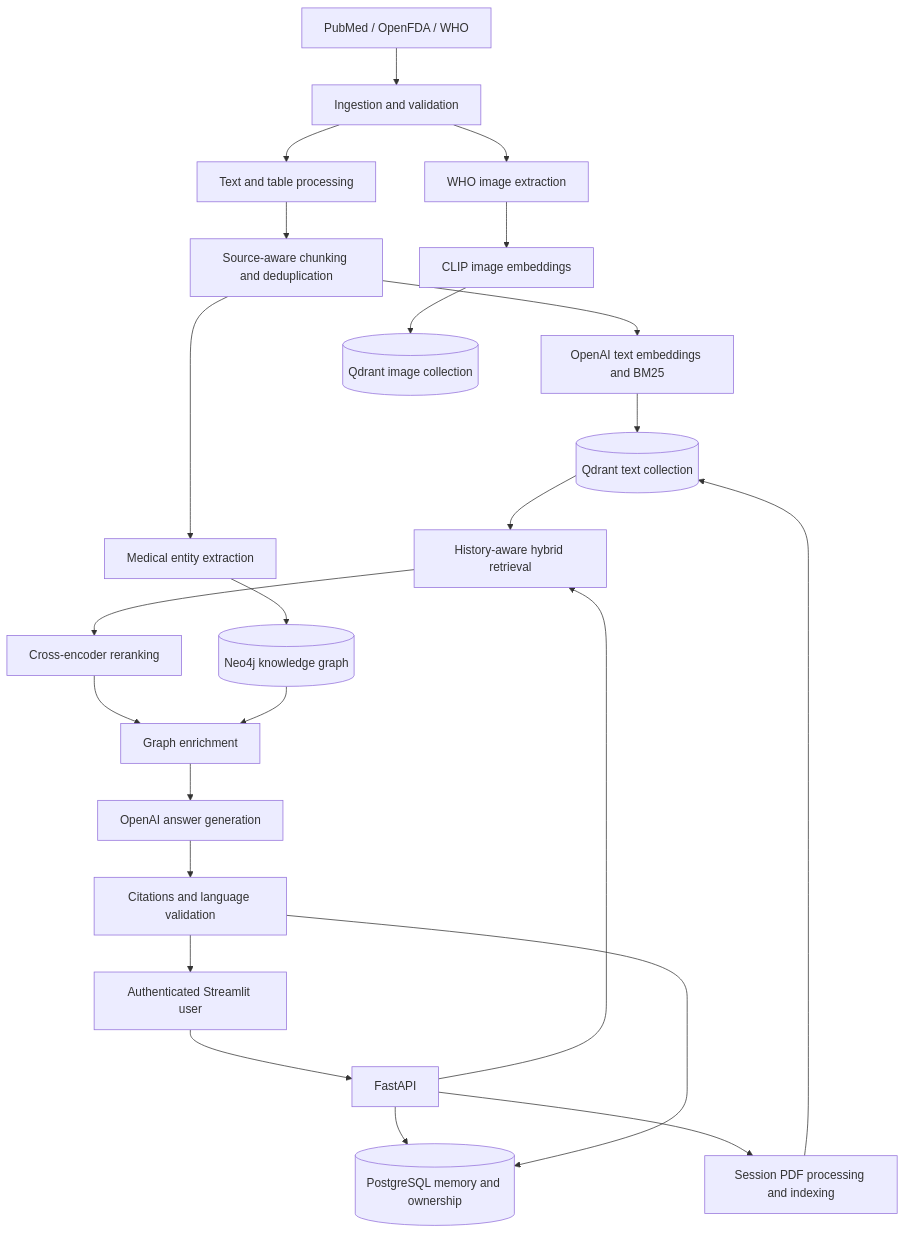
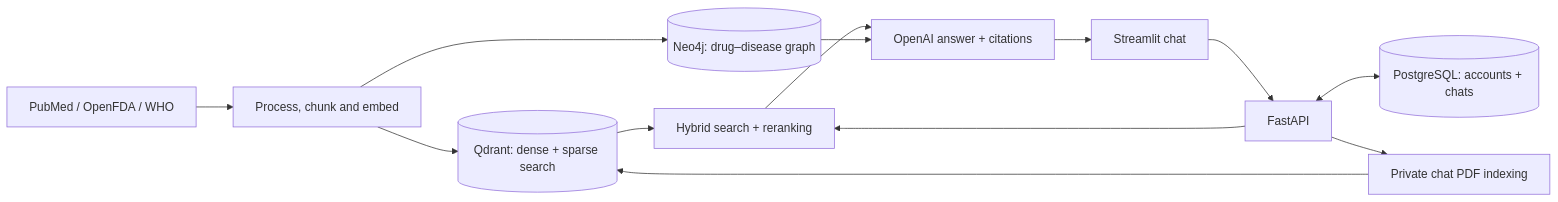
Before and after one commit to moizishere-droid/medrag: the diagram in README.md, drawn with Mermaid. The commit also changed other lines of this file and 16 other files, not shown here.

````diff
--- a/README.md
+++ b/README.md
@@ -51,26 +26,15 @@
 ```mermaid
-flowchart TD
-    A[PubMed / OpenFDA / WHO] --> B[Ingestion and validation]
-    B --> C[Text and table processing]
-    C --> D[Source-aware chunking and deduplication]
-    D --> E[OpenAI text embeddings and BM25]
-    E --> F[(Qdrant text collection)]
-    B --> G[WHO image extraction]
-    G --> H[CLIP image embeddings]
-    H --> I[(Qdrant image collection)]
-    D --> J[Medical entity extraction]
-    J --> K[(Neo4j knowledge graph)]
-    U[Authenticated Streamlit user] --> API[FastAPI]
-    API --> M[(PostgreSQL memory and ownership)]
-    API --> R[History-aware hybrid retrieval]
-    F --> R
-    R --> X[Cross-encoder reranking]
-    X --> N[Graph enrichment]
-    K --> N
-    N --> L[OpenAI answer generation]
-    L --> O[Citations and language validation]
-    O --> M
-    O --> U
-    API --> P[Session PDF processing and indexing]
-    P --> F
+flowchart LR
+    Sources[PubMed / OpenFDA / WHO] --> Prep[Process, chunk and embed]
+    Prep --> Q[(Qdrant: dense + sparse search)]
+    Prep --> G[(Neo4j: drug–disease graph)]
+    User[Streamlit chat] --> API[FastAPI]
+    API --> Search[Hybrid search + reranking]
+    Q --> Search
+    Search --> Answer[OpenAI answer + citations]
+    G --> Answer
+    Answer --> User
+    API <--> DB[(PostgreSQL: accounts + chats)]
+    API --> PDF[Private chat PDF indexing]
+    PDF --> Q
 ```
````
